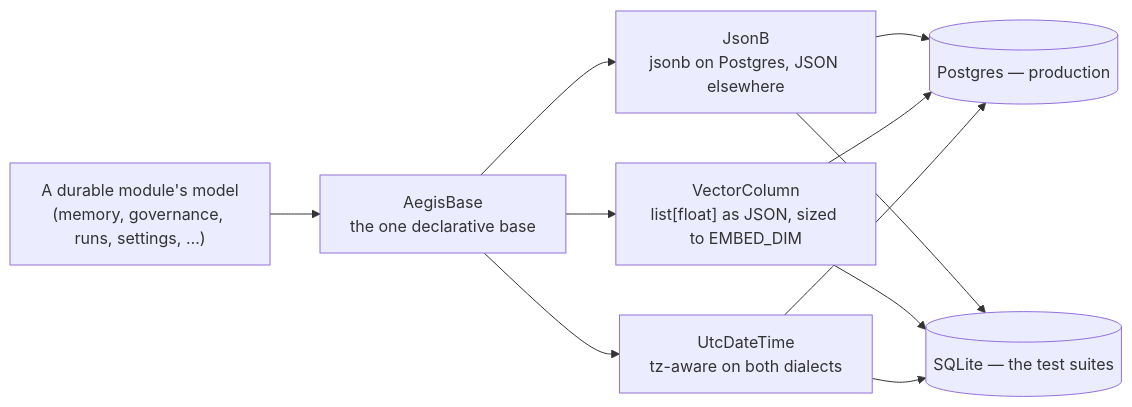
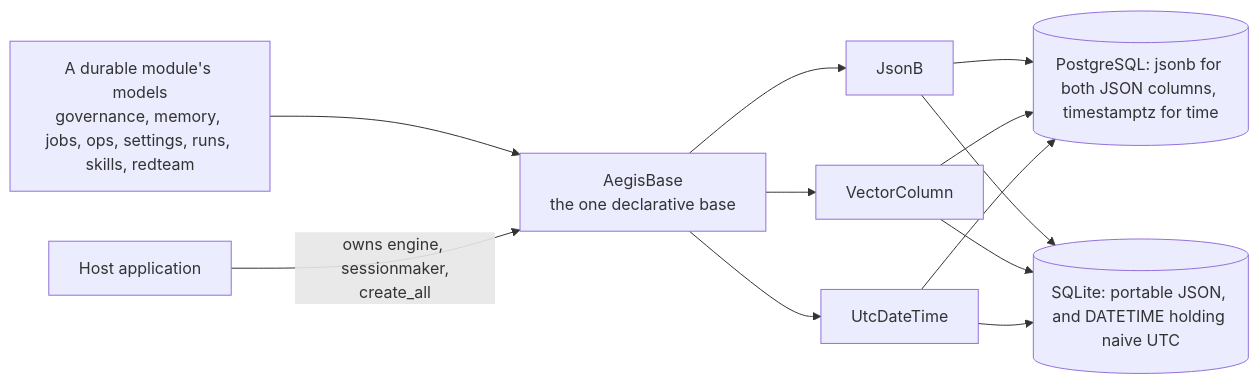
One commit to yrevash/aegis changed the diagram in docs/teaching/data.md. Above: the diagram before and after it, drawn with Mermaid. The commit also changed other lines of this file and 29 other files, not shown here.

````diff
--- a/docs/teaching/data.md
+++ b/docs/teaching/data.md
@@ -25,13 +20,14 @@
 ```mermaid
 flowchart LR
-    M["A durable module's model<br/>(memory, governance, runs, settings, …)"] --> B["AegisBase<br/>the one declarative base"]
-    B --> J["JsonB<br/>jsonb on Postgres, JSON elsewhere"]
-    B --> V["VectorColumn<br/>list[float] as JSON, sized to EMBED_DIM"]
-    B --> U["UtcDateTime<br/>tz-aware on both dialects"]
-    J --> PG[(Postgres — production)]
+    M["A durable module's models<br/>governance, memory, jobs, ops, settings, runs, skills, redteam"] --> B["AegisBase<br/>the one declarative base"]
+    B --> J["JsonB"]
+    B --> V["VectorColumn"]
+    B --> U["UtcDateTime"]
+    J --> PG[("PostgreSQL: jsonb for both JSON columns, timestamptz for time")]
     V --> PG
     U --> PG
-    J --> SL[(SQLite — the test suites)]
+    J --> SL[("SQLite: portable JSON, and DATETIME holding naive UTC")]
     V --> SL
     U --> SL
+    HOST["Host application"] -->|owns engine, sessionmaker,<br/>create_all| B
 ```
````
